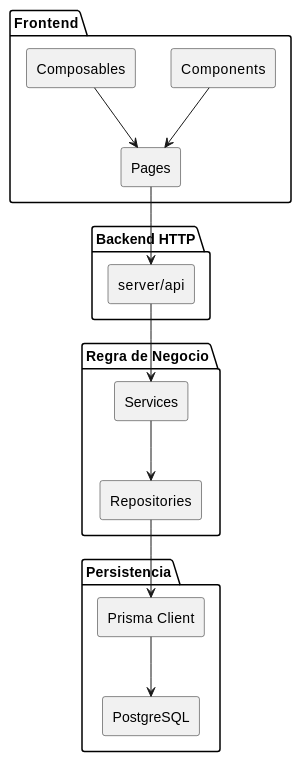
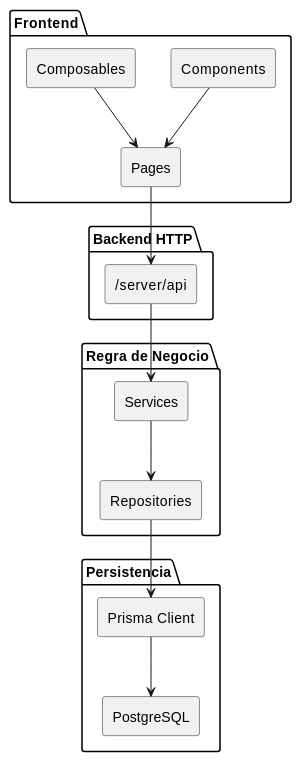
Before and after one commit to kalebgato/Gerenciador-de-Matriculas: the first of 4 diagrams in docs/arquitetura.md, drawn with PlantUML. The commit also changed other lines of this file and 17 other files, not shown here.

````diff
--- a/docs/arquitetura.md
+++ b/docs/arquitetura.md
@@ -16,33 +16,33 @@
 ```plantuml
 @startuml arquitetura_geral
 skinparam componentStyle rectangle
 
 package "Frontend" {
   [Pages]
   [Components]
   [Composables]
 }
 
 package "Backend HTTP" {
-  [server/api]
+  [/server/api]
 }
 
 package "Regra de Negocio" {
   [Services]
   [Repositories]
 }
 
 package "Persistencia" {
   [Prisma Client]
   [PostgreSQL]
 }
 
-[Pages] --> [server/api]
+[Pages] --> [/server/api]
 [Components] --> [Pages]
 [Composables] --> [Pages]
-[server/api] --> [Services]
+[/server/api] --> [Services]
 [Services] --> [Repositories]
 [Repositories] --> [Prisma Client]
 [Prisma Client] --> [PostgreSQL]
 @enduml
 ```
````
